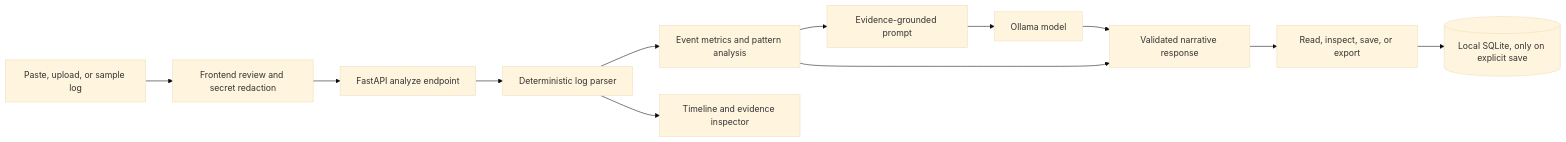
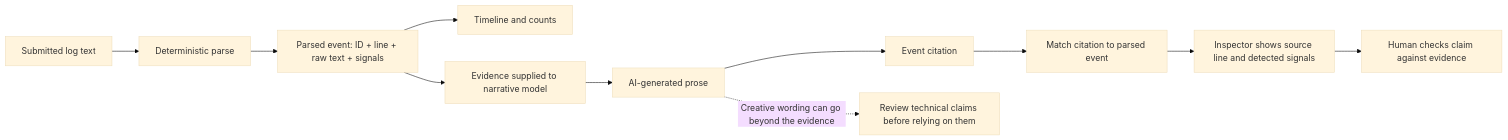
The third of 5 diagrams in README.md (ayusharyan4269-bit/GhostTrace), drawn with Mermaid (base theme) before and after one commit. The commit also changed other lines of this file, not shown here.

Commit message:
Expand README with workflow diagrams

````diff
--- a/README.md
+++ b/README.md
@@ -44,14 +126,13 @@
 ```mermaid
 flowchart LR
-    A[Paste, upload, or sample log] --> B[Frontend review and secret redaction]
-    B --> C[FastAPI analyze endpoint]
-    C --> D[Deterministic log parser]
-    D --> E[Event metrics and pattern analysis]
-    E --> F[Evidence-grounded prompt]
-    F --> G[Ollama model]
-    G --> H[Validated narrative response]
-    D --> I[Timeline and evidence inspector]
-    E --> H
-    H --> J[Read, inspect, save, or export]
-    J --> K[(Local SQLite, only on explicit save)]
+    Raw[Submitted log text] --> Parse[Deterministic parse]
+    Parse --> Event[Parsed event: ID + line + raw text + signals]
+    Event --> Timeline[Timeline and counts]
+    Event --> Prompt[Evidence supplied to narrative model]
+    Prompt --> Story[AI-generated prose]
+    Story --> Ref[Event citation]
+    Ref --> Match[Match citation to parsed event]
+    Match --> Inspector[Inspector shows source line and detected signals]
+    Inspector --> Check[Human checks claim against evidence]
+    Story -. Creative wording can go beyond the evidence .-> Review[Review technical claims before relying on them]
 ```
````
